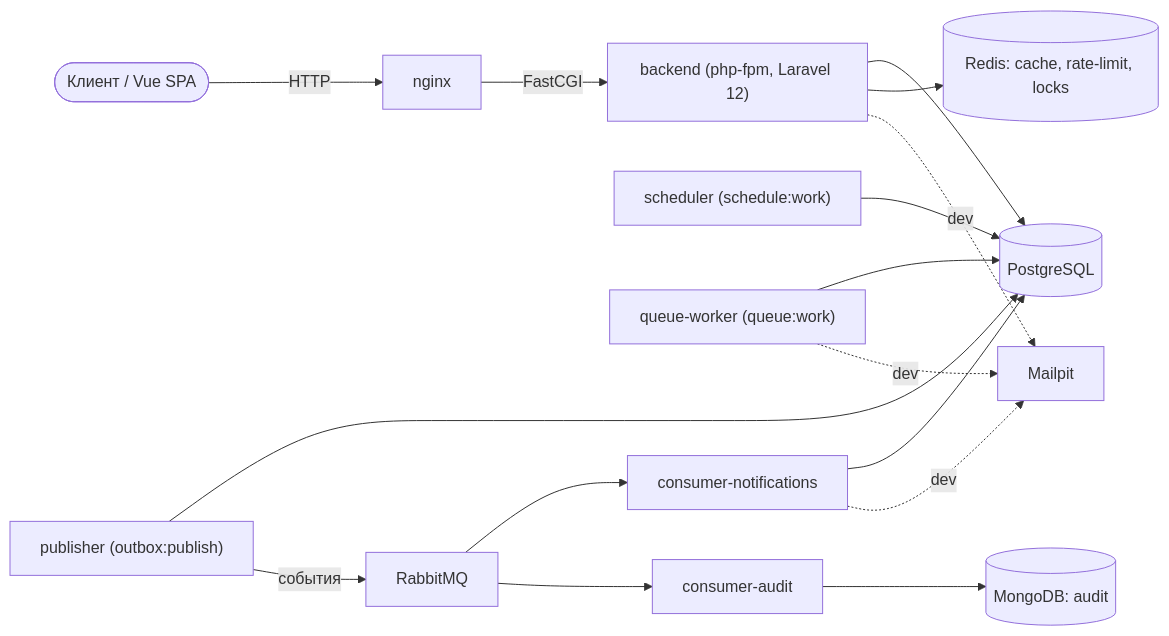
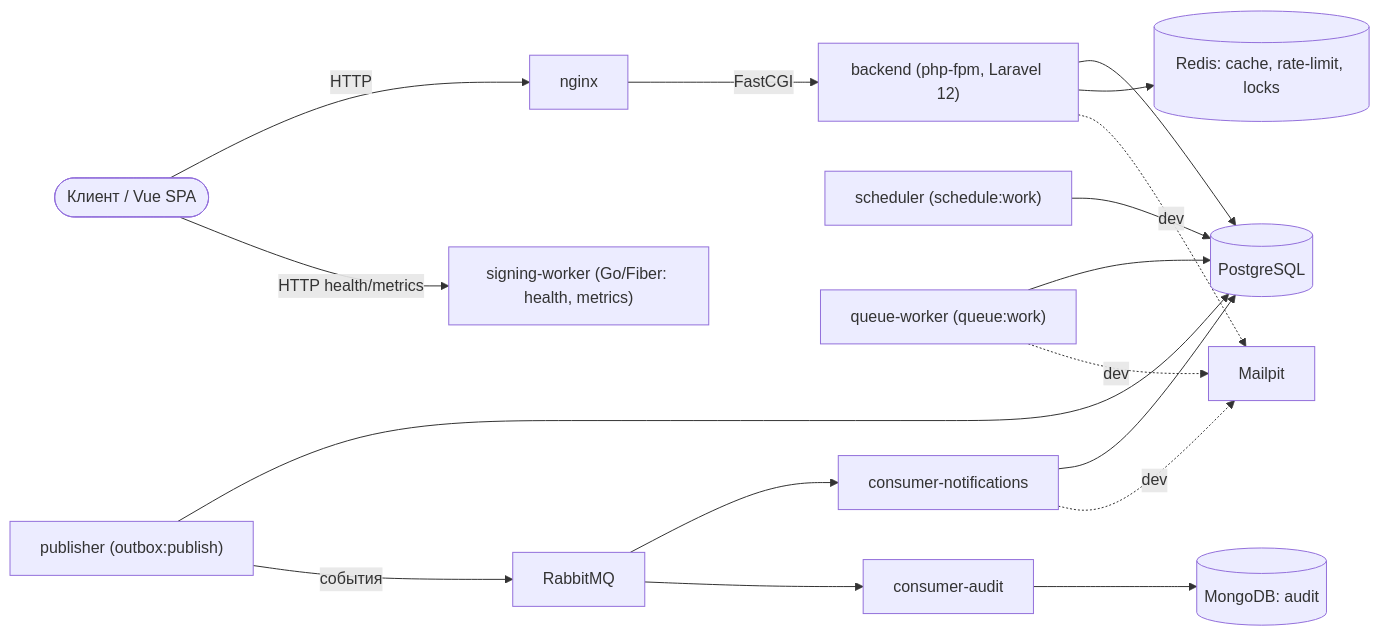
Before and after one commit to azaikina568/docsign-hub: the eighth of 9 diagrams in docs/diagrams.md, drawn with Mermaid. The commit also changed other lines of this file and 13 other files, not shown here.

First line of the commit message:
feat(signing-worker): scaffold Go service (Fiber health/metrics) + CI

````diff
--- a/docs/diagrams.md
+++ b/docs/diagrams.md
@@ -305,23 +307,25 @@
 ```mermaid
 flowchart LR
     Client(["Клиент / Vue SPA"]) -->|HTTP| nginx
     nginx -->|FastCGI| backend["backend (php-fpm, Laravel 12)"]
     scheduler["scheduler (schedule:work)"]
     publisher["publisher (outbox:publish)"]
     qworker["queue-worker (queue:work)"]
     cnotif["consumer-notifications"]
     caudit["consumer-audit"]
+    sworker["signing-worker (Go/Fiber: health, metrics)"]
     backend --> postgres[("PostgreSQL")]
     backend --> redis[("Redis: cache, rate-limit, locks")]
     scheduler --> postgres
     publisher --> postgres
     qworker --> postgres
     qworker -.->|dev| mailpit["Mailpit"]
     publisher -->|события| rabbitmq["RabbitMQ"]
     rabbitmq --> cnotif
     rabbitmq --> caudit
     cnotif --> postgres
     cnotif -.->|dev| mailpit
     caudit --> mongodb[("MongoDB: audit")]
     backend -.->|dev| mailpit
+    Client -->|HTTP health/metrics| sworker
 ```
````
